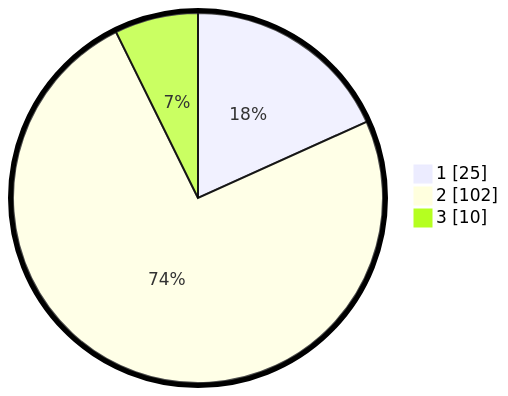
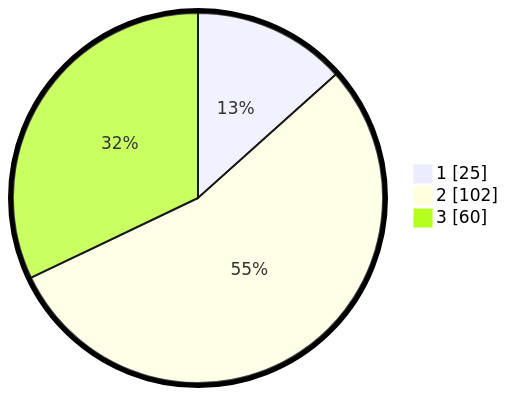
One commit to gigit-pemilu/pemilu-2024-52-nusa-tenggara-barat changed the second of 2 diagrams in pilpres/hitung-suara/sub/52-nusa-tenggara-barat/sub/01-lombok-barat/sub/03-narmada/sub/2016-gerimax-indah/sub/008-tps/README.md. Above: the diagram before and after it, drawn with Mermaid. The commit also changed other lines of this file and 721 other files, not shown here.

````diff
--- a/pilpres/hitung-suara/sub/52-nusa-tenggara-barat/sub/01-lombok-barat/sub/03-narmada/sub/2016-gerimax-indah/sub/008-tps/README.md
+++ b/pilpres/hitung-suara/sub/52-nusa-tenggara-barat/sub/01-lombok-barat/sub/03-narmada/sub/2016-gerimax-indah/sub/008-tps/README.md
@@ -13,7 +13,7 @@
 ```mermaid
 %%{init: {"pie": {"textPosition": 0.5}, "themeVariables": {"pieOuterStrokeWidth": "5px"}} }%%
 pie showData
     "1" : 25
     "2" : 102
-    "3" : 10
+    "3" : 60
 ```
````
